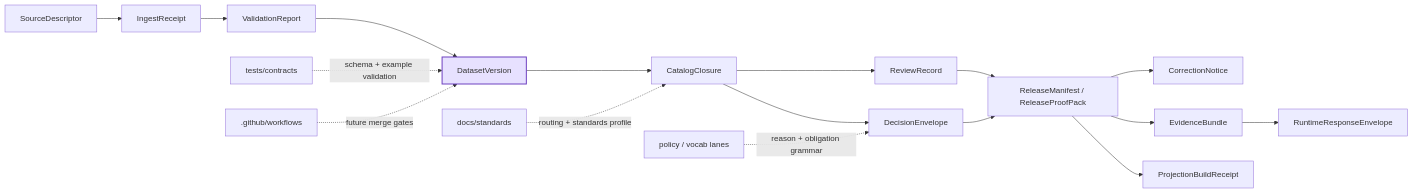
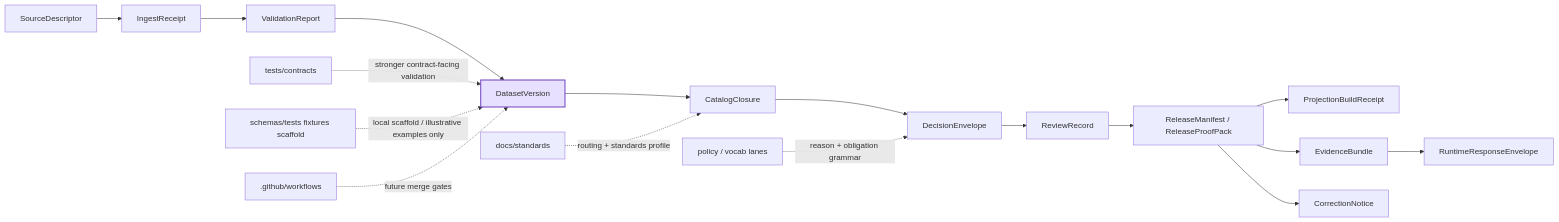
One commit to bartytime4life/Kansas-Frontier-Matrix changed the diagram in schemas/contracts/v1/data/README.md. Above: the diagram before and after it, drawn with Mermaid. The commit also changed other lines of this file, not shown here.

First line of the commit message:
Revise README for DatasetVersion contract clarity

````diff
--- a/schemas/contracts/v1/data/README.md
+++ b/schemas/contracts/v1/data/README.md
@@ -276,22 +343,22 @@
 ```mermaid
 flowchart LR
     A[SourceDescriptor] --> B[IngestReceipt]
     B --> C[ValidationReport]
     C --> D[DatasetVersion]
     D --> E[CatalogClosure]
     E --> F[DecisionEnvelope]
-    E --> G[ReviewRecord]
-    F --> H[ReleaseManifest / ReleaseProofPack]
-    G --> H
+    F --> G[ReviewRecord]
+    G --> H[ReleaseManifest / ReleaseProofPack]
     H --> I[ProjectionBuildReceipt]
     H --> J[EvidenceBundle]
     J --> K[RuntimeResponseEnvelope]
     H --> L[CorrectionNotice]
 
-    M[tests/contracts] -. schema + example validation .-> D
+    M[tests/contracts] -. stronger contract-facing validation .-> D
+    Q[schemas/tests fixtures scaffold] -. local scaffold / illustrative examples only .-> D
     N[policy / vocab lanes] -. reason + obligation grammar .-> F
     O[.github/workflows] -. future merge gates .-> D
     P[docs/standards] -. routing + standards profile .-> E
 
     style D fill:#e7e1ff,stroke:#6f42c1,stroke-width:2px
 ```
````
